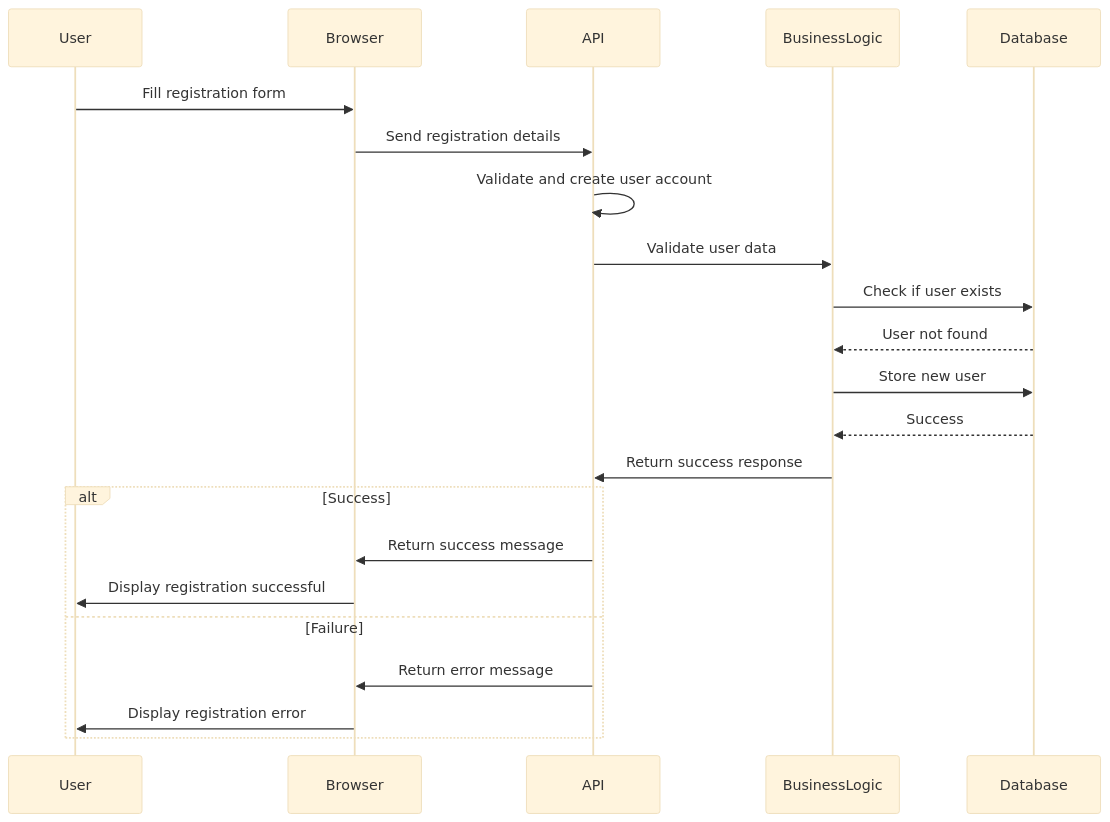
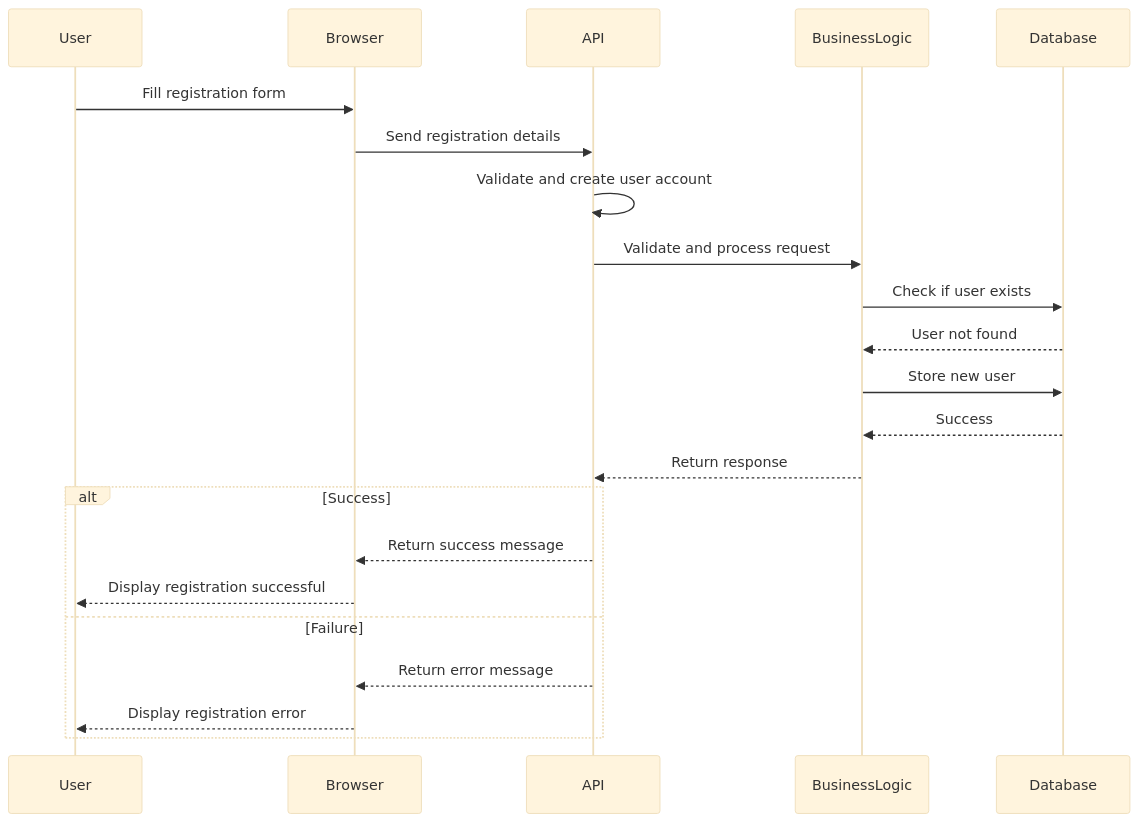
The diagram in HBnB-UML/sequence_diagram_for_user_registration.md (MaKSiiMe/holbertonschool-hbnb), drawn with Mermaid (base theme) before and after one commit. The commit also changed 4 other files, not shown here.

````diff
--- a/HBnB-UML/sequence_diagram_for_user_registration.md
+++ b/HBnB-UML/sequence_diagram_for_user_registration.md
@@ -1,27 +1,27 @@
 ```mermaid
 sequenceDiagram
     participant User
     participant Browser
     participant API
     participant BusinessLogic
     participant Database
 
     # User Registration: A user signs up for a new account.
 
     User->>Browser: Fill registration form
     Browser->>API: Send registration details
     API->>API: Validate and create user account
-    API->>BusinessLogic: Validate user data
+    API->>BusinessLogic: Validate and process request
     BusinessLogic->>Database: Check if user exists
     Database-->>BusinessLogic: User not found
     BusinessLogic->>Database: Store new user
     Database-->>BusinessLogic: Success
-    BusinessLogic->>API: Return success response
+    BusinessLogic-->>API: Return response
     alt Success
-        API->>Browser: Return success message
-        Browser->>User: Display registration successful
+        API-->>Browser: Return success message
+        Browser-->>User: Display registration successful
     else Failure
-        API->>Browser: Return error message
-        Browser->>User: Display registration error
+        API-->>Browser: Return error message
+        Browser-->>User: Display registration error
     end
 ```
````
